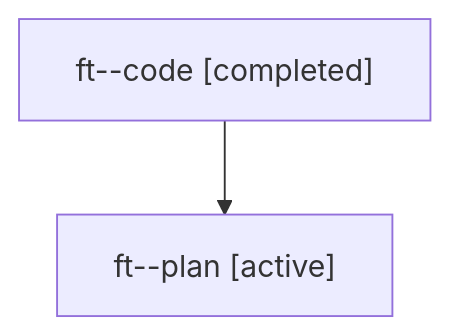
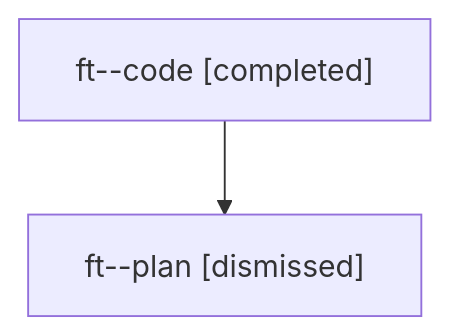
One commit to sase-org/sase--agents changed the diagram in sessions/bbugyi200.athena.ft.md. Above: the diagram before and after it, drawn with Mermaid. The commit also changed other lines of this file and 18 other files, not shown here.

````diff
--- a/sessions/bbugyi200.athena.ft.md
+++ b/sessions/bbugyi200.athena.ft.md
@@ -9,6 +9,6 @@
 ```mermaid
 flowchart TD
   n0["ft--code [completed]"]
-  n1["ft--plan [active]"]
+  n1["ft--plan [dismissed]"]
   n0 --> n1
 ```
````
